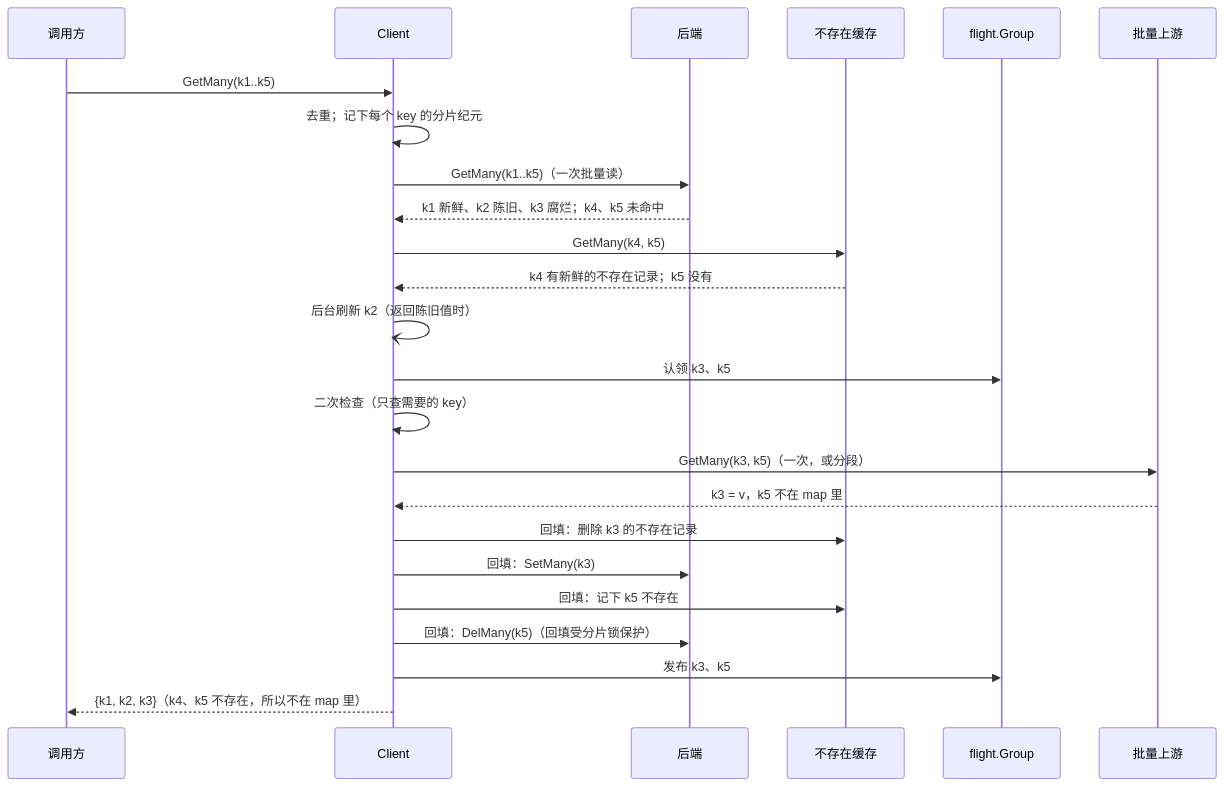
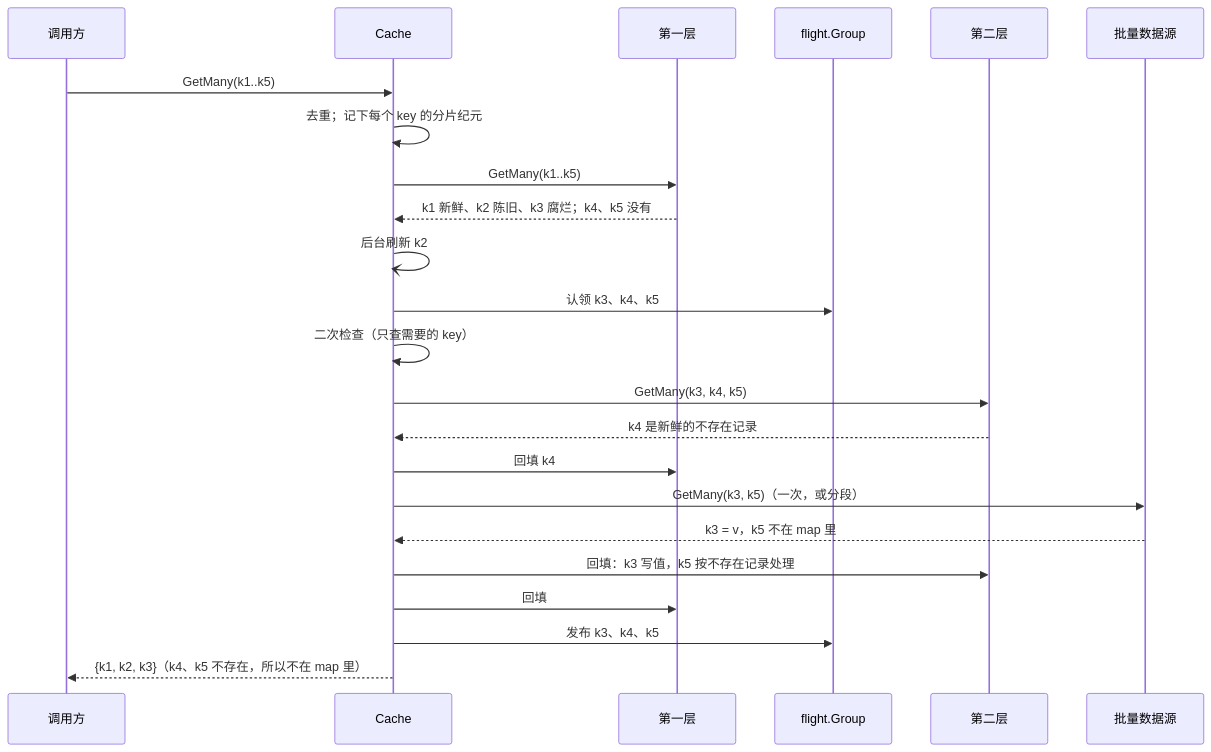
Before and after one commit to theplant/cachex: the diagram in docs/design/batch.md, drawn with Mermaid. The commit also changed other lines of this file and 19 other files, not shown here.

````diff
--- a/docs/design/batch.md
+++ b/docs/design/batch.md
@@ -29,26 +22,25 @@
 ```mermaid
 sequenceDiagram
     participant C as 调用方
-    participant L as Client
-    participant B as 后端
-    participant N as 不存在缓存
+    participant K as Cache
+    participant L0 as 第一层
     participant G as flight.Group
-    participant U as 批量上游
-    C->>L: GetMany(k1..k5)
-    L->>L: 去重；记下每个 key 的分片纪元
-    L->>B: GetMany(k1..k5)（一次批量读）
-    B-->>L: k1 新鲜、k2 陈旧、k3 腐烂；k4、k5 未命中
-    L->>N: GetMany(k4, k5)
-    N-->>L: k4 有新鲜的不存在记录；k5 没有
-    L-)L: 后台刷新 k2（返回陈旧值时）
-    L->>G: 认领 k3、k5
-    L->>L: 二次检查（只查需要的 key）
-    L->>U: GetMany(k3, k5)（一次，或分段）
-    U-->>L: k3 = v，k5 不在 map 里
-    L->>N: 回填：删除 k3 的不存在记录
-    L->>B: 回填：SetMany(k3)
-    L->>N: 回填：记下 k5 不存在
-    L->>B: 回填：DelMany(k5)（回填受分片锁保护）
-    L->>G: 发布 k3、k5
-    L-->>C: {k1, k2, k3}（k4、k5 不存在，所以不在 map 里）
+    participant L1 as 第二层
+    participant S as 批量数据源
+    C->>K: GetMany(k1..k5)
+    K->>K: 去重；记下每个 key 的分片纪元
+    K->>L0: GetMany(k1..k5)
+    L0-->>K: k1 新鲜、k2 陈旧、k3 腐烂；k4、k5 没有
+    K-)K: 后台刷新 k2
+    K->>G: 认领 k3、k4、k5
+    K->>K: 二次检查（只查需要的 key）
+    K->>L1: GetMany(k3, k4, k5)
+    L1-->>K: k4 是新鲜的不存在记录
+    K->>L0: 回填 k4
+    K->>S: GetMany(k3, k5)（一次，或分段）
+    S-->>K: k3 = v，k5 不在 map 里
+    K->>L1: 回填：k3 写值，k5 按不存在记录处理
+    K->>L0: 回填
+    K->>G: 发布 k3、k4、k5
+    K-->>C: {k1, k2, k3}（k4、k5 不存在，所以不在 map 里）
 ```
````
